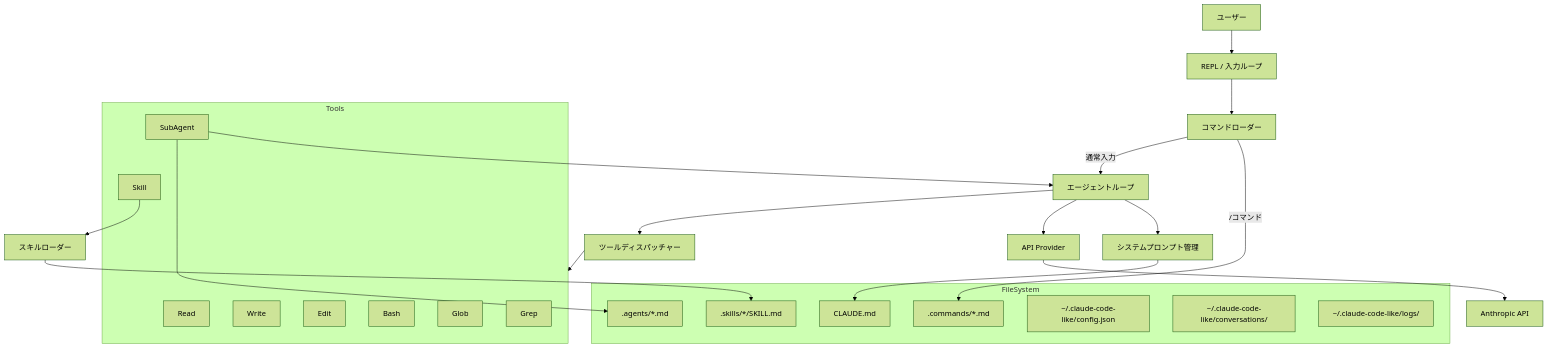
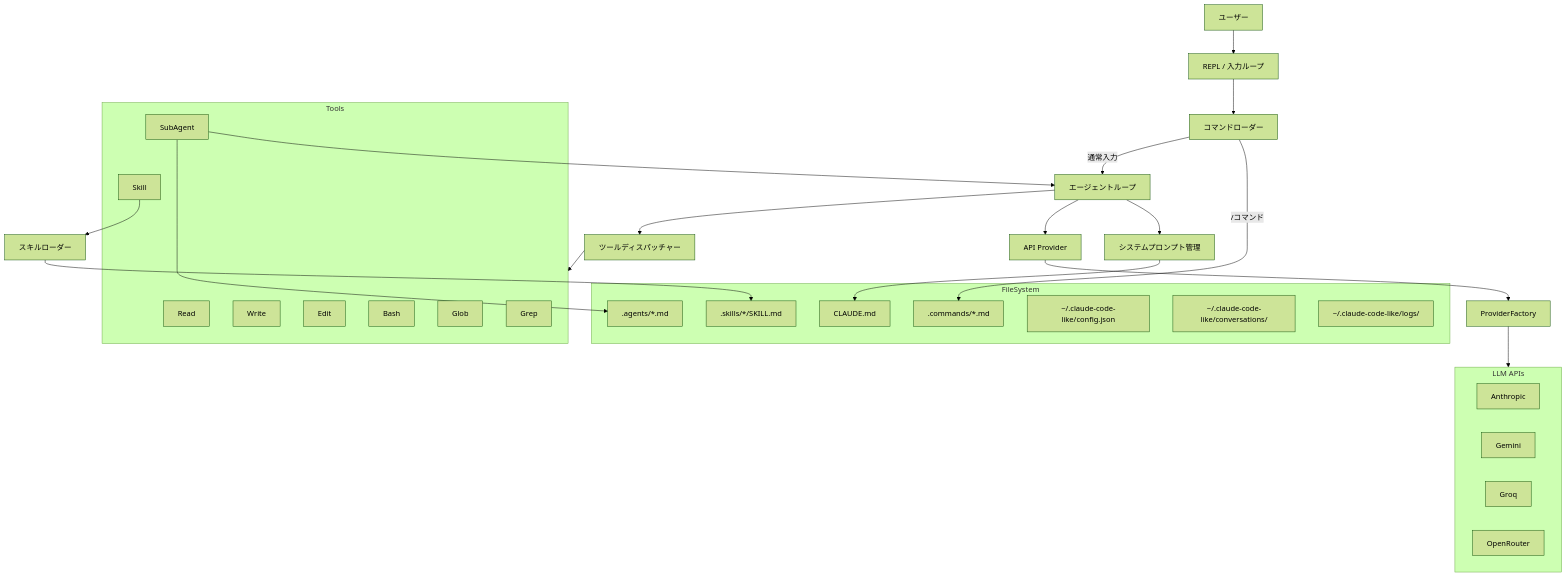
Before and after one commit to nanka1570/AI-Agent-Sandbox: the first of 8 diagrams in claude-code-like/docs/functional-design.md, drawn with Mermaid (forest theme). The commit also changed other lines of this file and 24 other files, not shown here.

First line of the commit message:
feat: マルチプロバイダー対応 (Anthropic/Gemini/Groq/OpenRouter)

````diff
--- a/claude-code-like/docs/functional-design.md
+++ b/claude-code-like/docs/functional-design.md
@@ -5,48 +5,56 @@
 ```mermaid
 graph TB
     User[ユーザー]
     REPL[REPL / 入力ループ]
     CommandLoader[コマンドローダー]
     SkillLoader[スキルローダー]
     AgentLoop[エージェントループ]
     ToolDispatcher[ツールディスパッチャー]
     SystemPrompt[システムプロンプト管理]
+    ProviderFactory[ProviderFactory]
     Provider[API Provider]
-    AnthropicAPI[Anthropic API]
+
+    subgraph LLM_APIs[LLM APIs]
+        AnthropicAPI[Anthropic]
+        GeminiAPI[Gemini]
+        GroqAPI[Groq]
+        OpenRouterAPI[OpenRouter]
+    end
 
     subgraph Tools
         ReadTool[Read]
         WriteTool[Write]
         EditTool[Edit]
         BashTool[Bash]
         GlobTool[Glob]
         GrepTool[Grep]
         SkillTool[Skill]
         SubAgentTool[SubAgent]
     end
 
     subgraph FileSystem
         CLAUDE_MD[CLAUDE.md]
         CommandFiles[.commands/*.md]
         SkillFiles[.skills/*/SKILL.md]
         AgentFiles[.agents/*.md]
         ConfigFile[~/.claude-code-like/config.json]
         ConversationStore[~/.claude-code-like/conversations/]
         LogStore[~/.claude-code-like/logs/]
     end
 
     User --> REPL
     REPL --> CommandLoader
     CommandLoader -->|/コマンド| CommandFiles
     CommandLoader -->|通常入力| AgentLoop
     AgentLoop --> SystemPrompt
     SystemPrompt --> CLAUDE_MD
     AgentLoop --> Provider
-    Provider --> AnthropicAPI
+    Provider --> ProviderFactory
+    ProviderFactory --> LLM_APIs
     AgentLoop --> ToolDispatcher
     ToolDispatcher --> Tools
     SkillTool --> SkillLoader
     SkillLoader --> SkillFiles
     SubAgentTool --> AgentLoop
     SubAgentTool --> AgentFiles
 ```
````
